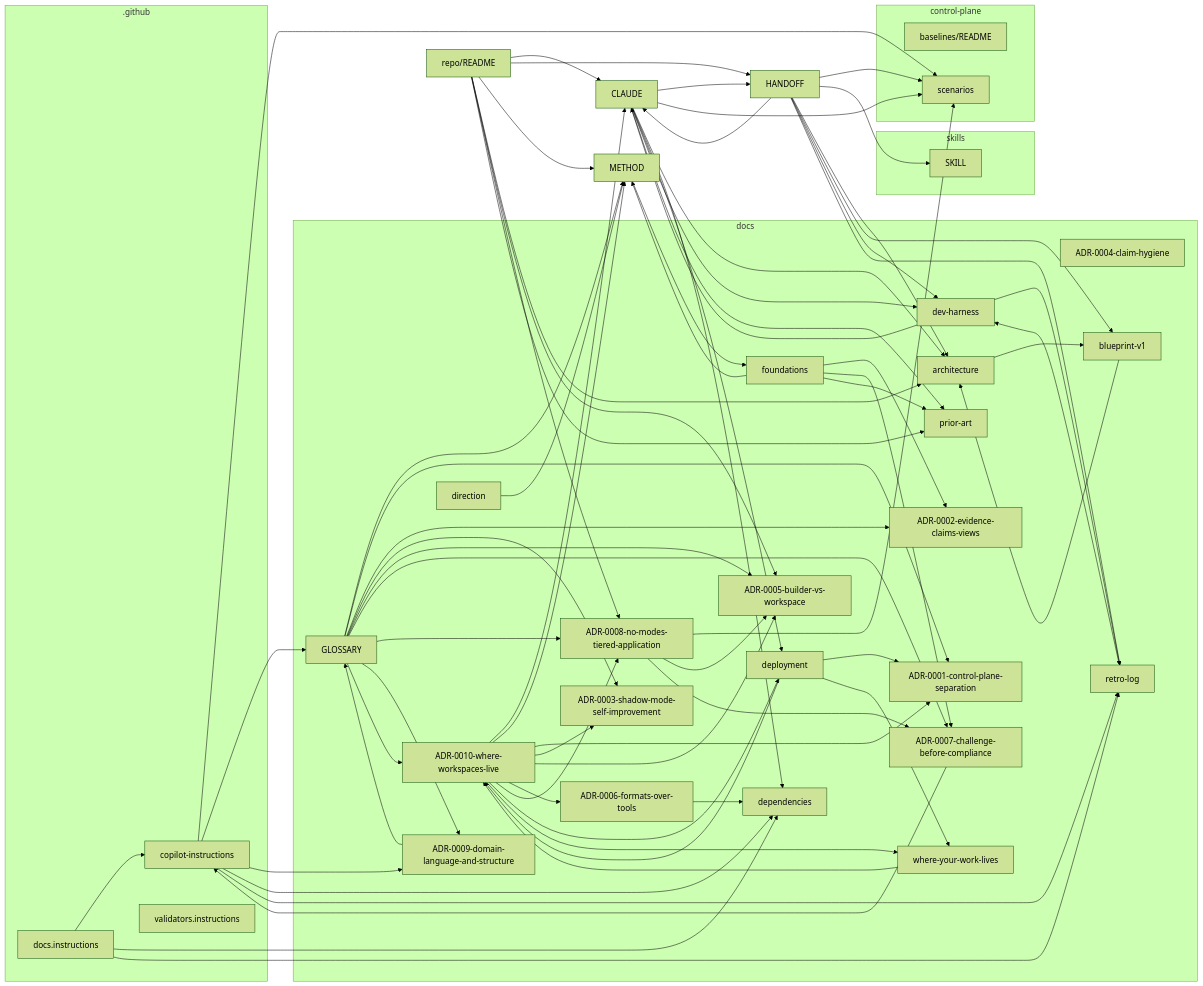
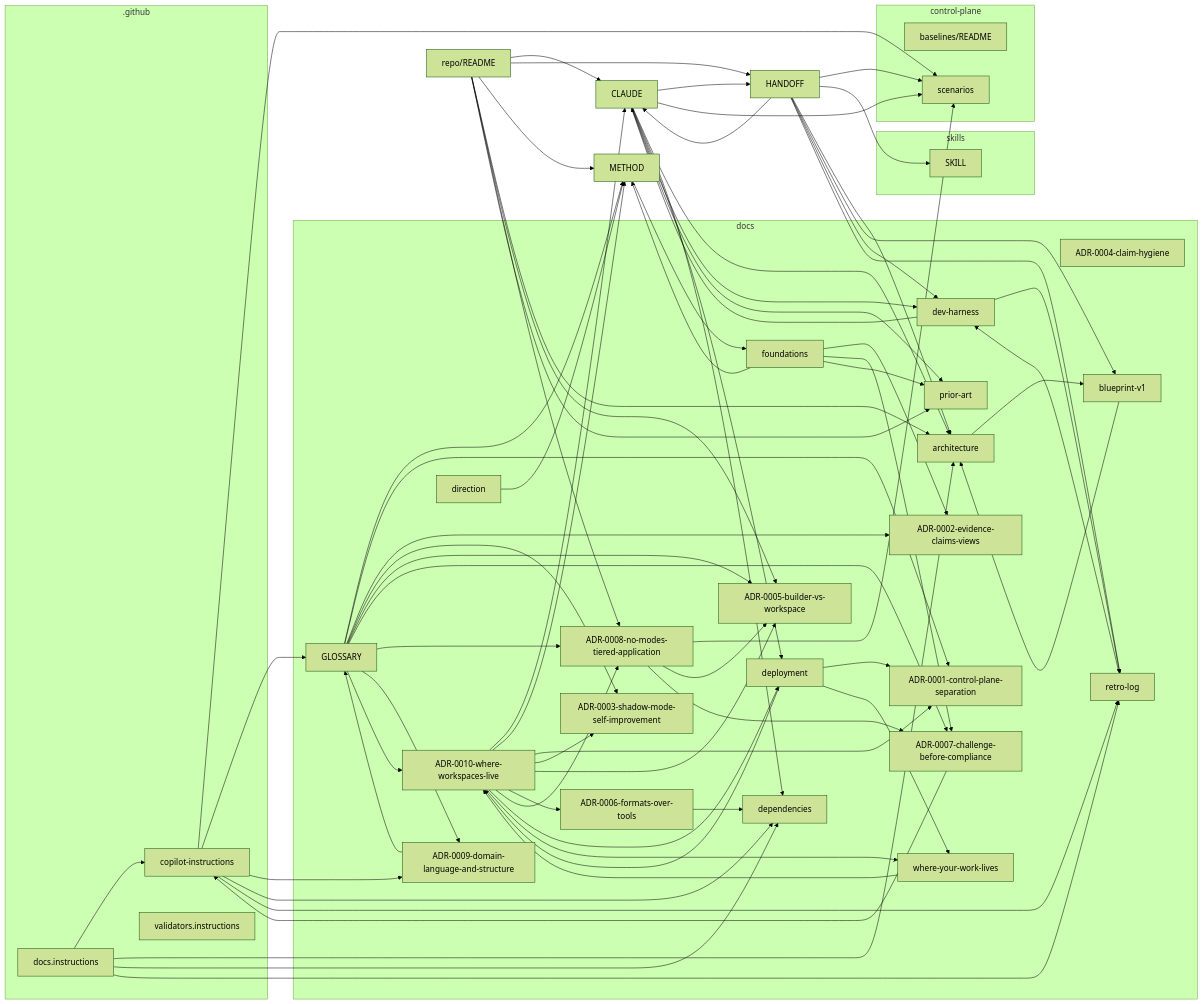
Before and after one commit to boulaajaj/ai-mise: the diagram in docs/mindmap.md, drawn with Mermaid (forest theme). The commit also changed other lines of this file and 3 other files, not shown here.

```diff
--- a/docs/mindmap.md
+++ b/docs/mindmap.md
@@ -51,6 +51,7 @@
   _github_copilot_instructions_md --> docs_dependencies_md
   _github_copilot_instructions_md --> docs_meta_retro_log_md
   _github_instructions_docs_instructions_md --> _github_copilot_instructions_md
+  _github_instructions_docs_instructions_md --> docs_architecture_md
   _github_instructions_docs_instructions_md --> docs_dependencies_md
   _github_instructions_docs_instructions_md --> docs_meta_retro_log_md
   CLAUDE_md --> HANDOFF_md
```
